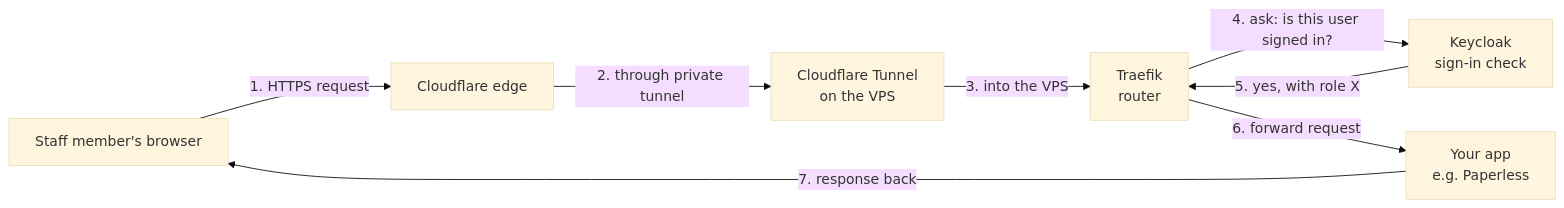
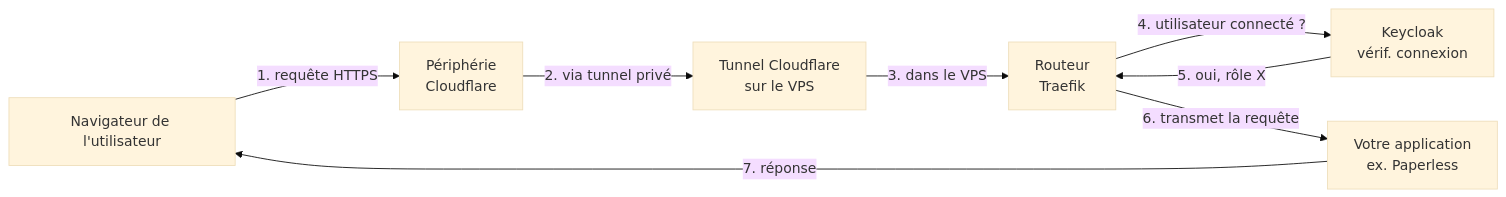
Before and after one commit to catenahq/docs: the first of 2 diagrams in src/content/docs/how-this-stack-works.md, drawn with Mermaid (base theme). The commit also changed other lines of this file and 104 other files, not shown here.

````diff
--- a/src/content/docs/how-this-stack-works.md
+++ b/src/content/docs/how-this-stack-works.md
@@ -46,17 +47,17 @@
 ```mermaid
 flowchart LR
-    U[Staff member's browser]
-    CF[Cloudflare edge]
-    TUN[Cloudflare Tunnel<br/>on the VPS]
-    T[Traefik<br/>router]
-    A[Keycloak<br/>sign-in check]
-    APP[Your app<br/>e.g. Paperless]
+    U[Navigateur de l'utilisateur]
+    CF[Périphérie<br/>Cloudflare]
+    TUN[Tunnel Cloudflare<br/>sur le VPS]
+    T[Routeur<br/>Traefik]
+    A[Keycloak<br/>vérif. connexion]
+    APP[Votre application<br/>ex. Paperless]
 
-    U -->|1. HTTPS request| CF
-    CF -->|2. through private tunnel| TUN
-    TUN -->|3. into the VPS| T
-    T -->|4. ask: is this user signed in?| A
-    A -->|5. yes, with role X| T
-    T -->|6. forward request| APP
-    APP -->|7. response back| U
+    U -->|1. requête HTTPS| CF
+    CF -->|2. via tunnel privé| TUN
+    TUN -->|3. dans le VPS| T
+    T -->|4. utilisateur connecté ?| A
+    A -->|5. oui, rôle X| T
+    T -->|6. transmet la requête| APP
+    APP -->|7. réponse| U
 ```
````
